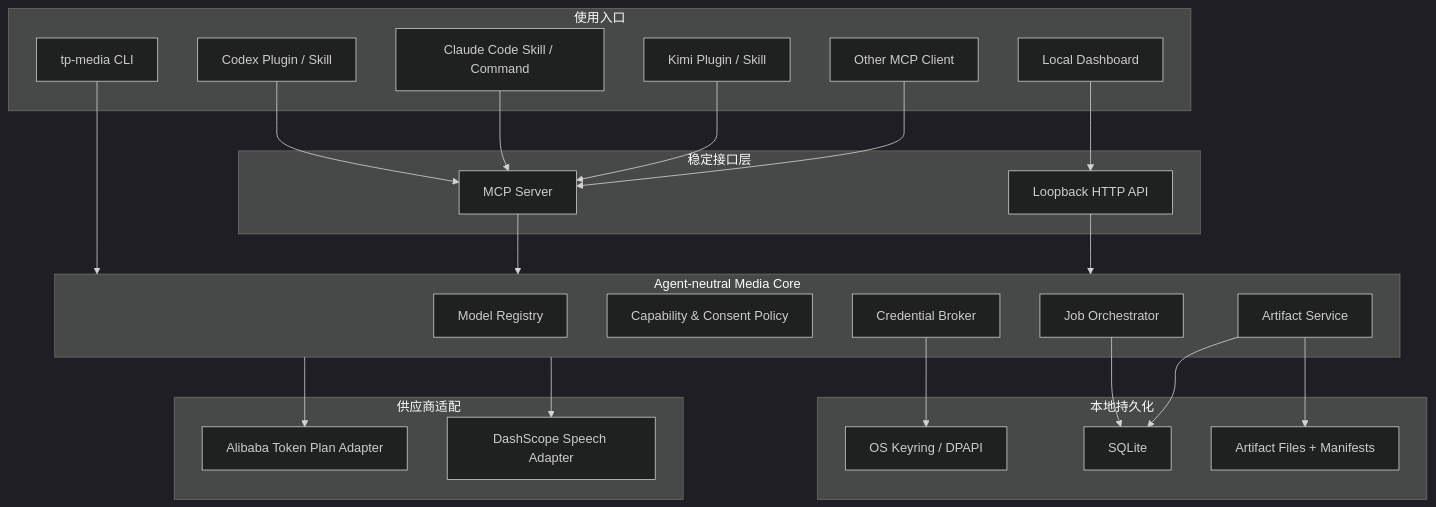
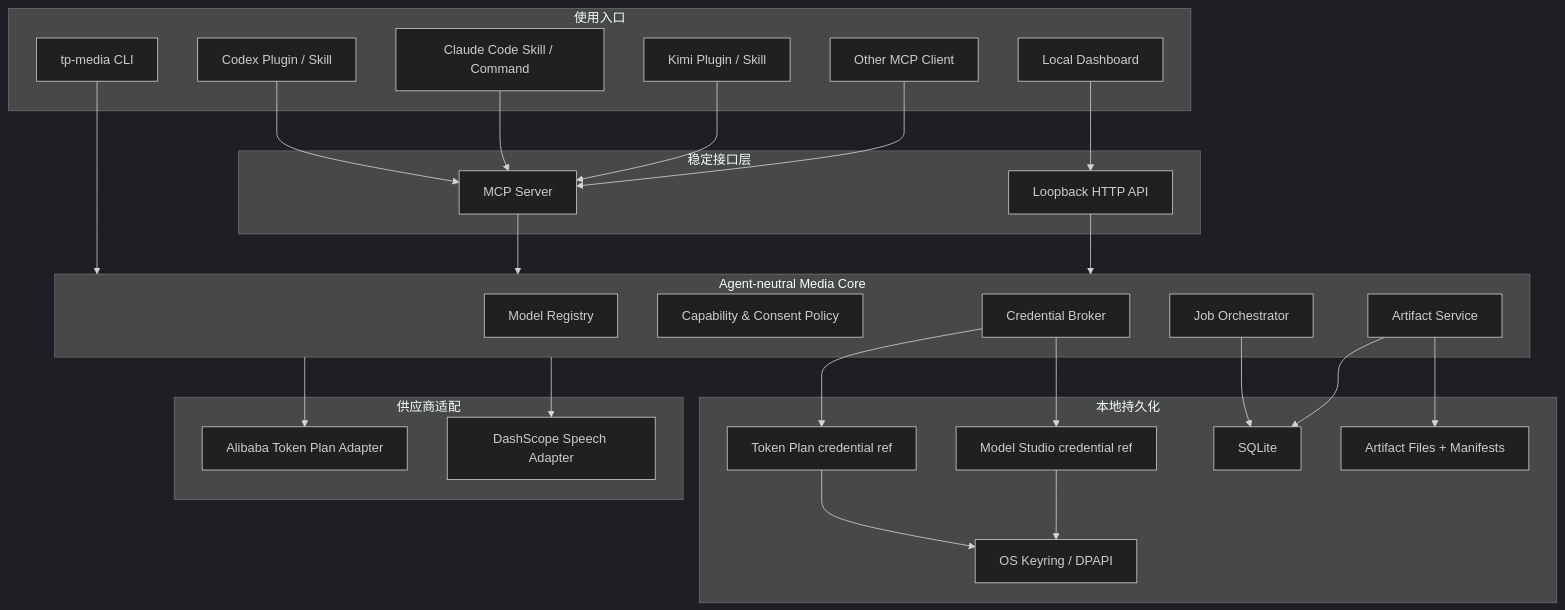
One commit to coconilu/token-plan-media-hub changed the diagram in docs/architecture.zh-CN.md. Above: the diagram before and after it, drawn with Mermaid (dark theme). The commit also changed other lines of this file and 9 other files, not shown here.

Commit message:
Add explicit dual-key credential routing

````diff
--- a/docs/architecture.zh-CN.md
+++ b/docs/architecture.zh-CN.md
@@ -7,50 +7,53 @@
 ```mermaid
 flowchart TB
     subgraph Clients["使用入口"]
         Dashboard["Local Dashboard"]
         CLI["tp-media CLI"]
         Codex["Codex Plugin / Skill"]
         Claude["Claude Code Skill / Command"]
         Kimi["Kimi Plugin / Skill"]
         Other["Other MCP Client"]
     end
 
     subgraph Interface["稳定接口层"]
         MCP["MCP Server"]
         LocalAPI["Loopback HTTP API"]
     end
 
     subgraph Core["Agent-neutral Media Core"]
         Registry["Model Registry"]
         Policy["Capability & Consent Policy"]
         Jobs["Job Orchestrator"]
         Credentials["Credential Broker"]
         Artifacts["Artifact Service"]
     end
 
     subgraph Storage["本地持久化"]
+        TokenPlanKey["Token Plan credential ref"]
+        ModelStudioKey["Model Studio credential ref"]
         Keyring["OS Keyring / DPAPI"]
         SQLite["SQLite"]
         Files["Artifact Files + Manifests"]
     end
 
     subgraph Providers["供应商适配"]
         TokenPlan["Alibaba Token Plan Adapter"]
         DashScope["DashScope Speech Adapter"]
     end
 
     Codex --> MCP
     Claude --> MCP
     Kimi --> MCP
     Other --> MCP
     Dashboard --> LocalAPI
     CLI --> Core
     MCP --> Core
     LocalAPI --> Core
     Core --> TokenPlan
     Core --> DashScope
-    Credentials --> Keyring
+    Credentials --> TokenPlanKey --> Keyring
+    Credentials --> ModelStudioKey --> Keyring
     Jobs --> SQLite
     Artifacts --> SQLite
     Artifacts --> Files
 ```
````
